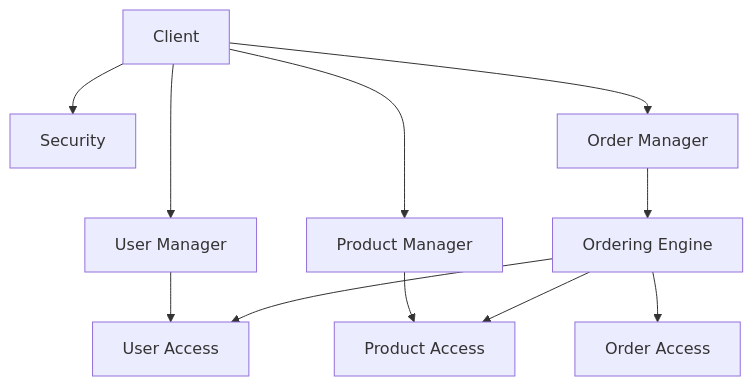
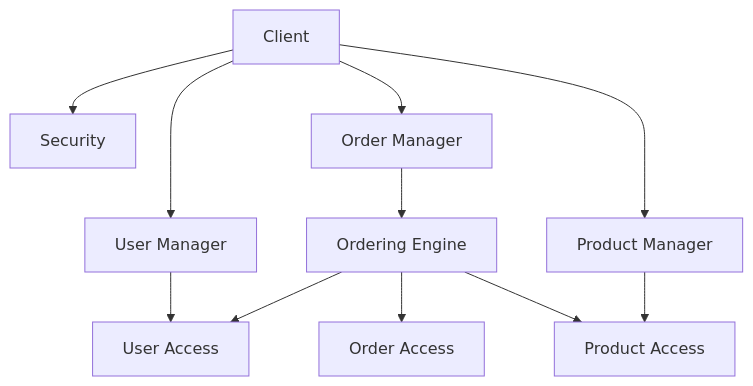
One commit to PoovenB/shopping-cart changed the diagram in README.md. Above: the diagram before and after it, drawn with Mermaid. The commit also changed other lines of this file, not shown here.

Commit message:
Tidied up architecture diagram and detailed resource access

````diff
--- a/README.md
+++ b/README.md
@@ -43,13 +43,13 @@
 ```mermaid
 graph TD;
     a[Client]-->c[Security]
     a-->b[User Manager]
     a-->e[Order Manager];
-    a-->d[Product Manager]
-    b-->f[User Access];
+    a-->d[Product Manager];
     d-->g[Product Access];
     e-->h[Ordering Engine];
     h-->g;
     h-->i[Order Access];
     h-->f
+    b-->f[User Access];
 ```
````
